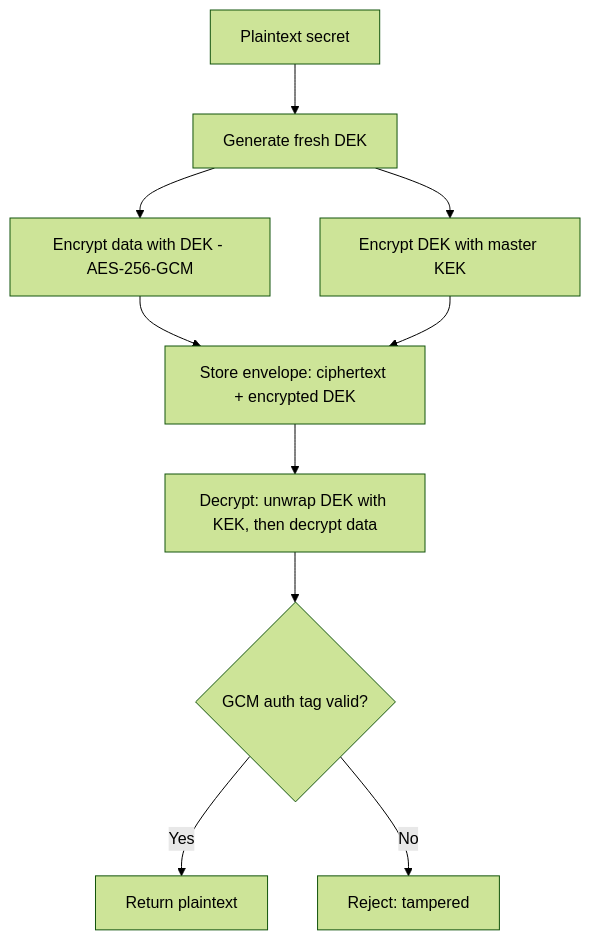
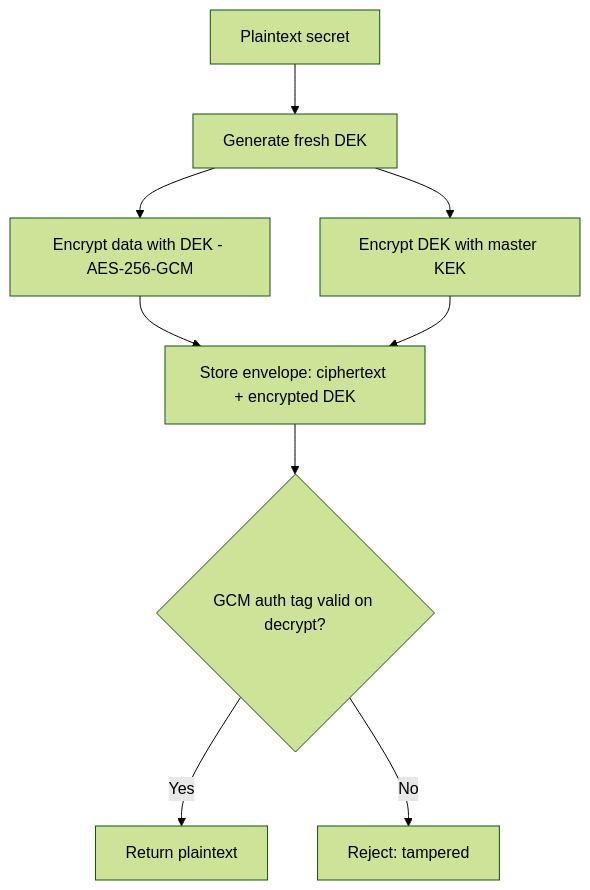
Before and after one commit to siriscent7/sentineliam: the fourth of 4 diagrams in README.md, drawn with Mermaid (forest theme). The commit also changed other lines of this file, not shown here.

````diff
--- a/README.md
+++ b/README.md
@@ -74,12 +85,11 @@
 ```mermaid
 flowchart TD
     A[Plaintext secret] --> B[Generate fresh DEK]
     B --> C[Encrypt data with DEK - AES-256-GCM]
     B --> D[Encrypt DEK with master KEK]
     C --> E[Store envelope: ciphertext + encrypted DEK]
     D --> E
-    E --> F[Decrypt: unwrap DEK with KEK, then decrypt data]
-    F --> G{GCM auth tag valid?}
-    G -->|Yes| H[Return plaintext]
-    G -->|No| I[Reject: tampered]
+    E --> F{GCM auth tag valid on decrypt?}
+    F -->|Yes| G[Return plaintext]
+    F -->|No| H[Reject: tampered]
 ```
````
